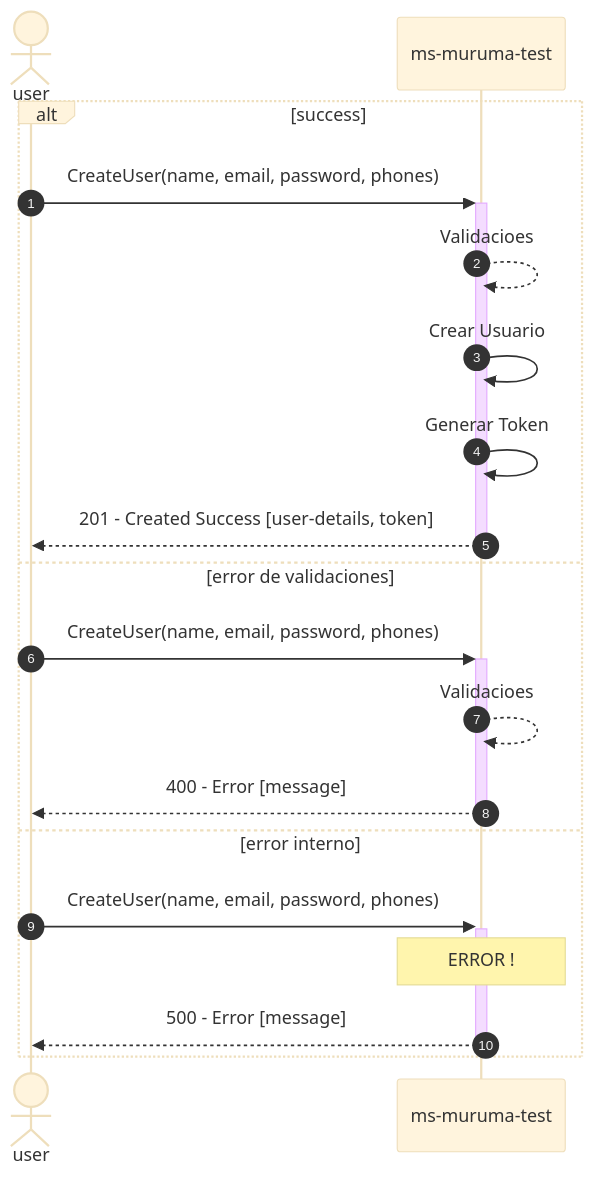
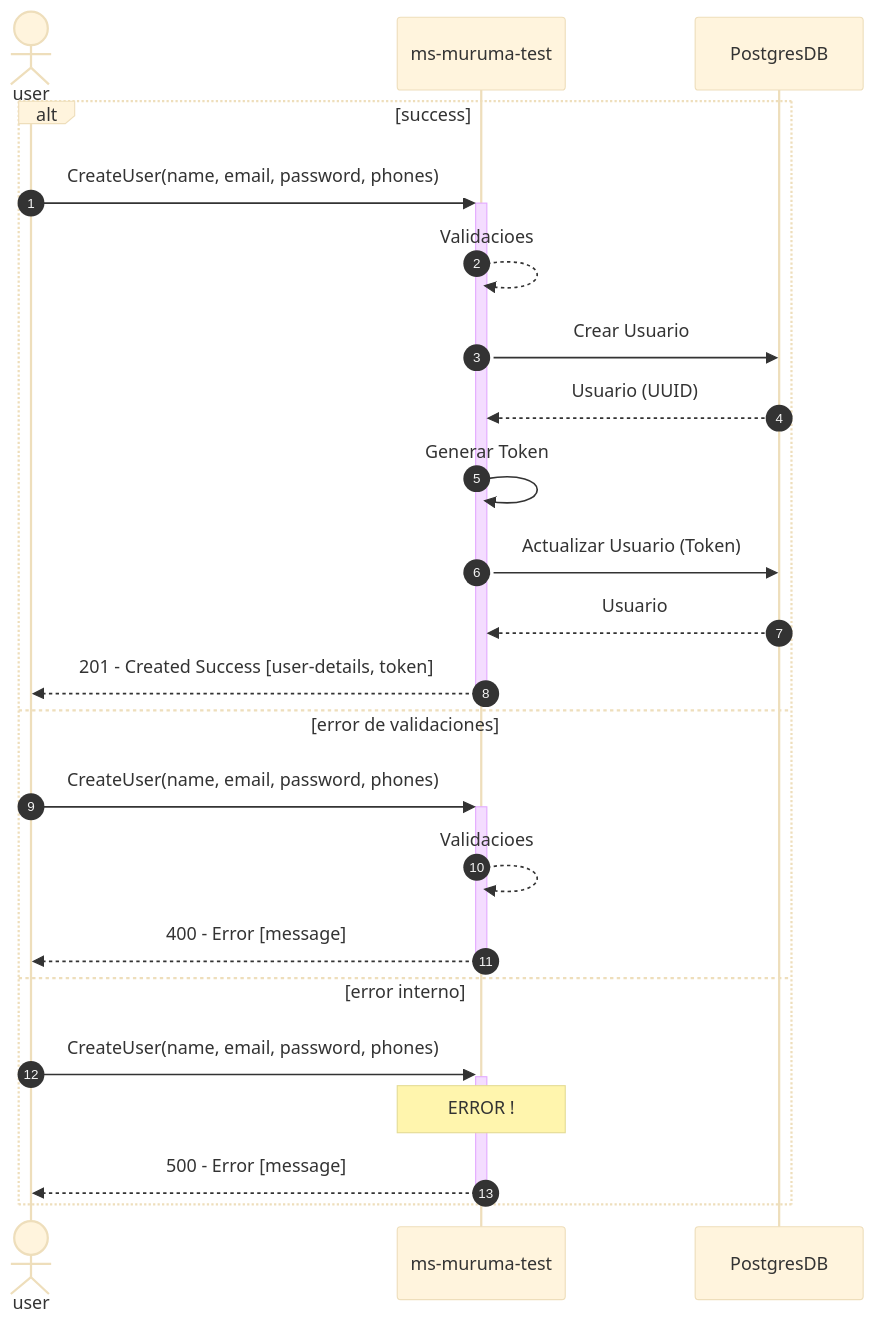
Before and after one commit to samuel363/ms-muruma-test: the diagram in README.md, drawn with Mermaid (base theme).

Commit message:
update diagram

````diff
--- a/README.md
+++ b/README.md
@@ -104,21 +104,25 @@
 ```mermaid
 sequenceDiagram
     autonumber
     actor user
     participant ms-muruma-test
+    participant PostgresDB
     alt success
         user->>+ms-muruma-test: CreateUser(name, email, password, phones)
         ms-muruma-test-->>ms-muruma-test: Validacioes
-        ms-muruma-test->>ms-muruma-test: Crear Usuario
+        ms-muruma-test->>PostgresDB: Crear Usuario
+        PostgresDB-->>ms-muruma-test: Usuario (UUID)
         ms-muruma-test->>ms-muruma-test: Generar Token
+        ms-muruma-test->>PostgresDB: Actualizar Usuario (Token)
+        PostgresDB-->>ms-muruma-test: Usuario
         ms-muruma-test-->>-user: 201 - Created Success [user-details, token]
     else error de validaciones
         user->>+ms-muruma-test: CreateUser(name, email, password, phones)
         ms-muruma-test-->>ms-muruma-test: Validacioes
         ms-muruma-test-->>-user: 400 - Error [message]
     else error interno
         user->>+ms-muruma-test: CreateUser(name, email, password, phones)
         note over ms-muruma-test: ERROR !
         ms-muruma-test-->>-user: 500 - Error [message]
     end
 ```
````
